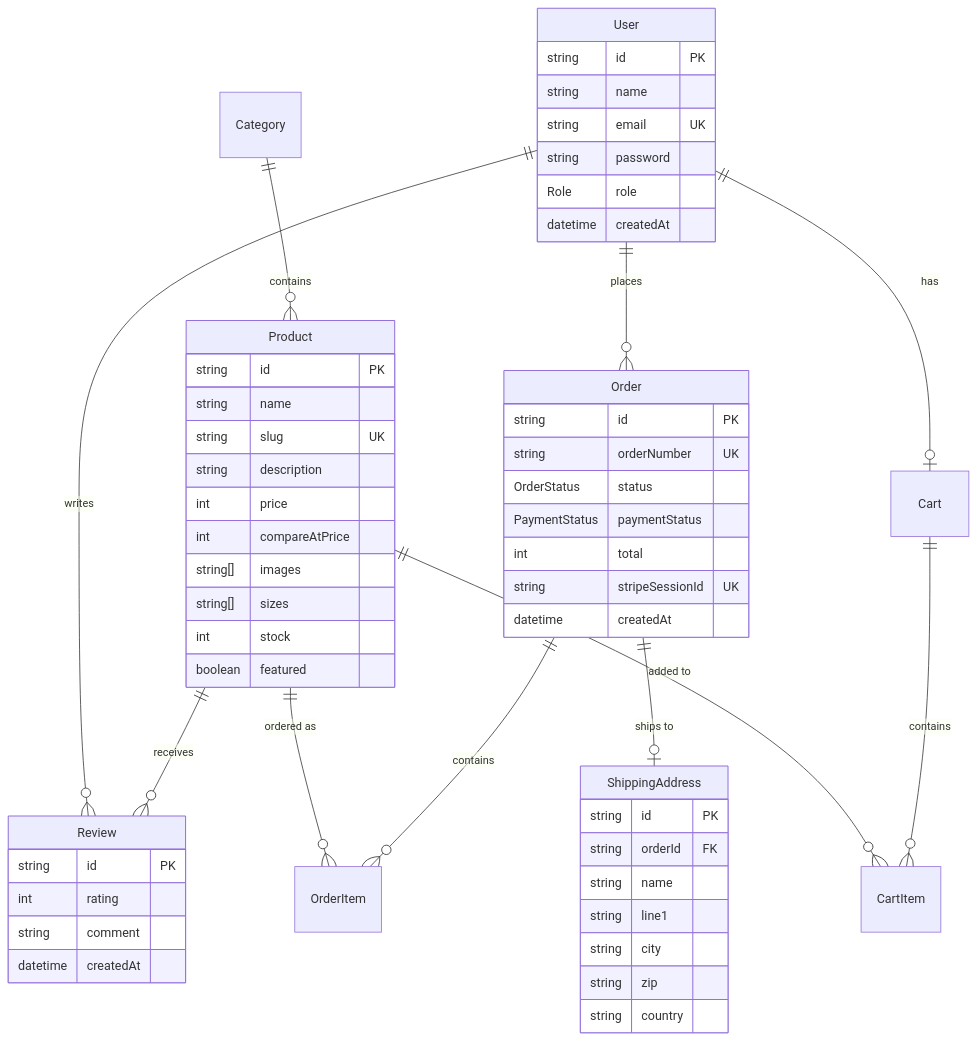
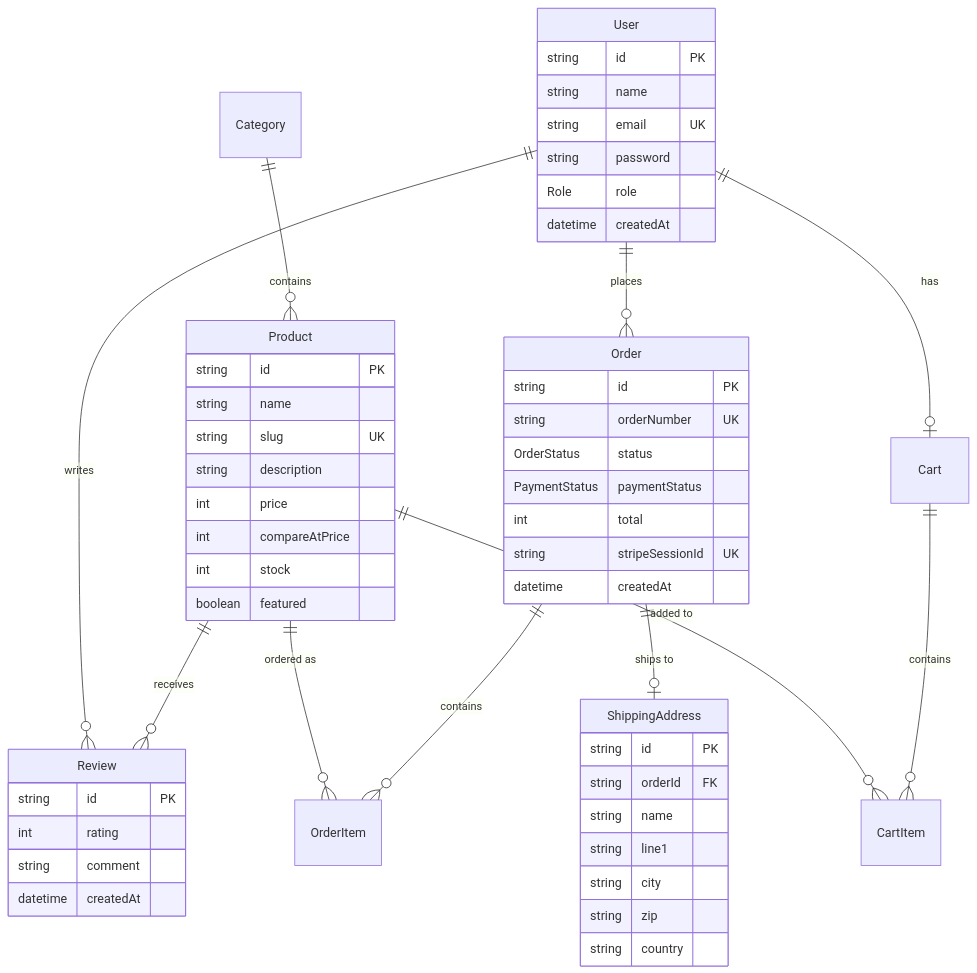
Before and after one commit to mer-prog/luxe-store: the second of 2 diagrams in README.md, drawn with Mermaid. The commit also changed other lines of this file and 1 other file, not shown here.

````diff
--- a/README.md
+++ b/README.md
@@ -101,62 +111,60 @@
 ```mermaid
 erDiagram
     User ||--o| Cart : has
     User ||--o{ Order : places
     User ||--o{ Review : writes
     Category ||--o{ Product : contains
     Product ||--o{ CartItem : "added to"
     Product ||--o{ OrderItem : "ordered as"
     Product ||--o{ Review : receives
     Cart ||--o{ CartItem : contains
     Order ||--o{ OrderItem : contains
     Order ||--o| ShippingAddress : "ships to"
 
     User {
         string id PK
         string name
         string email UK
         string password
         Role role
         datetime createdAt
     }
 
     Product {
         string id PK
         string name
         string slug UK
         string description
         int price
         int compareAtPrice
-        string[] images
-        string[] sizes
         int stock
         boolean featured
     }
 
     Order {
         string id PK
         string orderNumber UK
         OrderStatus status
         PaymentStatus paymentStatus
         int total
         string stripeSessionId UK
         datetime createdAt
     }
 
     ShippingAddress {
         string id PK
         string orderId FK
         string name
         string line1
         string city
         string zip
         string country
     }
 
     Review {
         string id PK
         int rating
         string comment
         datetime createdAt
     }
 ```
````
